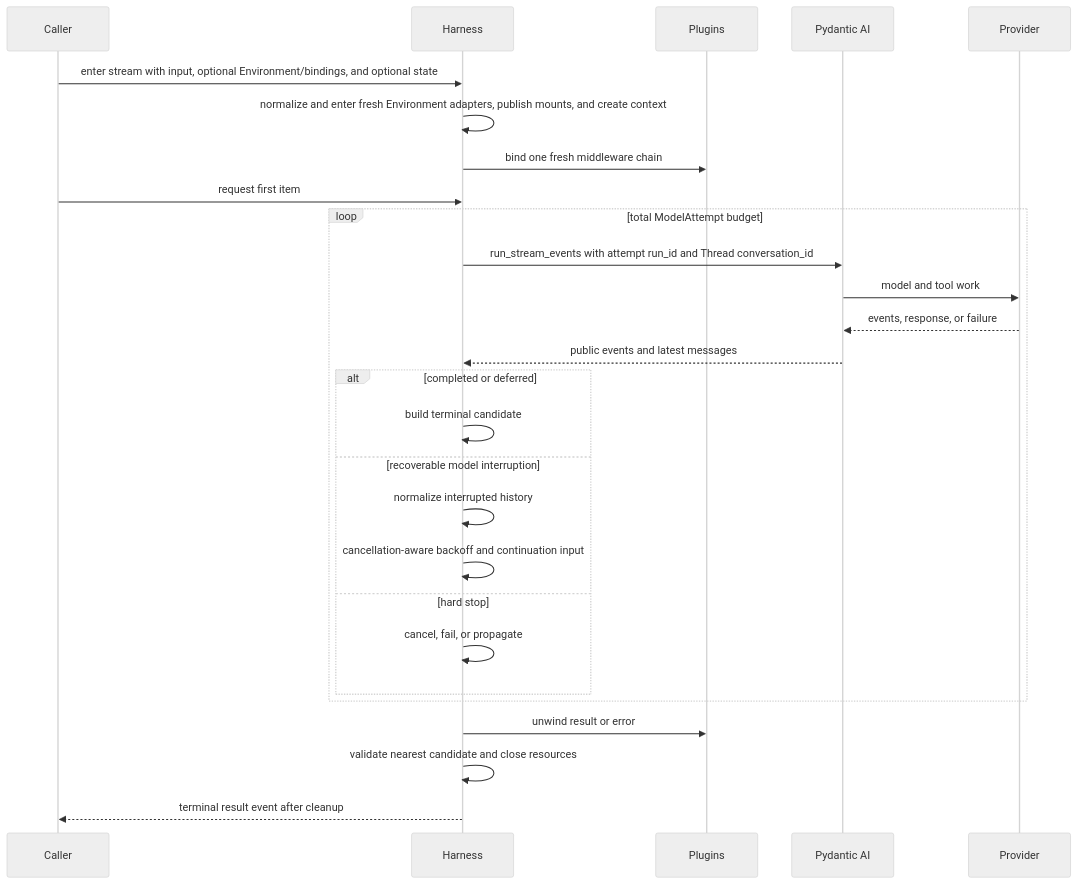
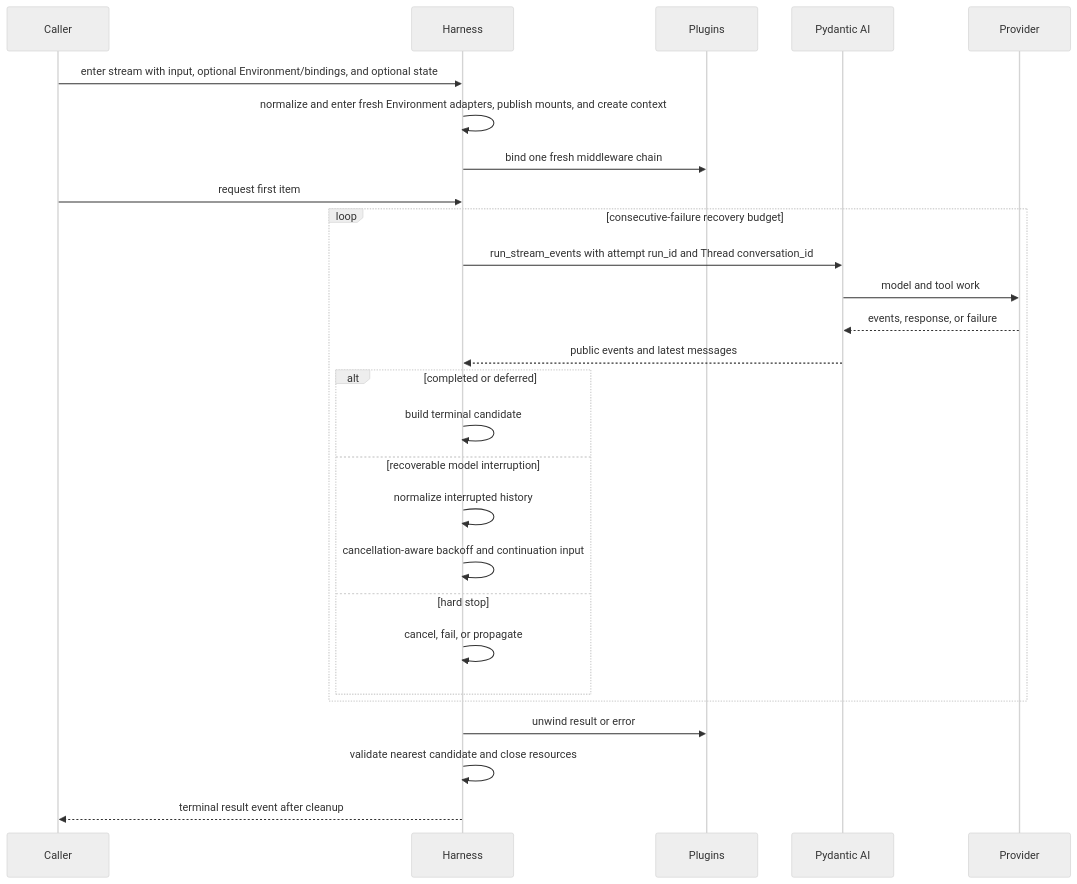
One commit to LTThreeComma/agent-foundation changed the second of 2 diagrams in spec/a13n-harness/06-execution-context-and-lifecycle.md. Above: the diagram before and after it, drawn with Mermaid (neutral theme). The commit also changed other lines of this file and 29 other files, not shown here.

First line of the commit message:
fix(harness)!: reset recovery budget after successful model requests (#568)

````diff
--- a/spec/a13n-harness/06-execution-context-and-lifecycle.md
+++ b/spec/a13n-harness/06-execution-context-and-lifecycle.md
@@ -85,30 +85,30 @@
 ```mermaid
 sequenceDiagram
     participant Caller
     participant Harness
     participant Plugins
     participant PAI as Pydantic AI
     participant Provider
 
     Caller->>Harness: enter stream with input, optional Environment/bindings, and optional state
     Harness->>Harness: normalize and enter fresh Environment adapters, publish mounts, and create context
     Harness->>Plugins: bind one fresh middleware chain
     Caller->>Harness: request first item
-    loop total ModelAttempt budget
+    loop consecutive-failure recovery budget
         Harness->>PAI: run_stream_events with attempt run_id and Thread conversation_id
         PAI->>Provider: model and tool work
         Provider-->>PAI: events, response, or failure
         PAI-->>Harness: public events and latest messages
         alt completed or deferred
             Harness->>Harness: build terminal candidate
         else recoverable model interruption
             Harness->>Harness: normalize interrupted history
             Harness->>Harness: cancellation-aware backoff and continuation input
         else hard stop
             Harness->>Harness: cancel, fail, or propagate
         end
     end
     Harness->>Plugins: unwind result or error
     Harness->>Harness: validate nearest candidate and close resources
     Harness-->>Caller: terminal result event after cleanup
 ```
````
